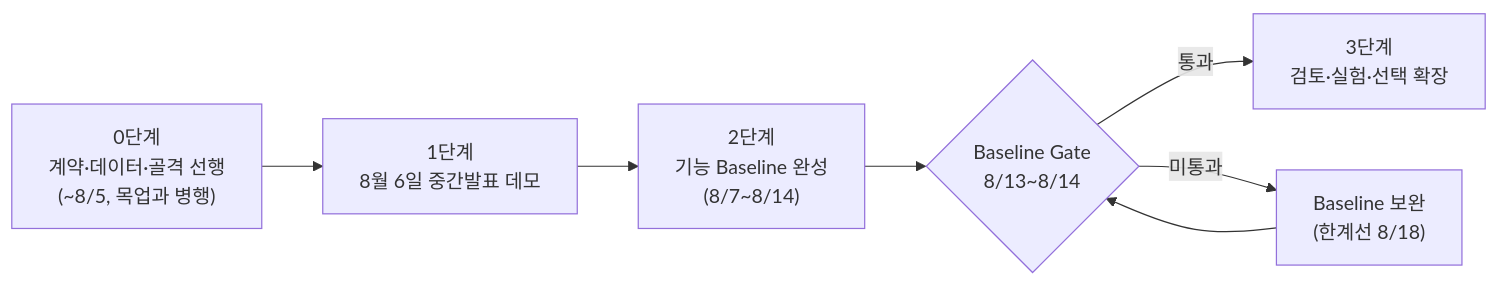
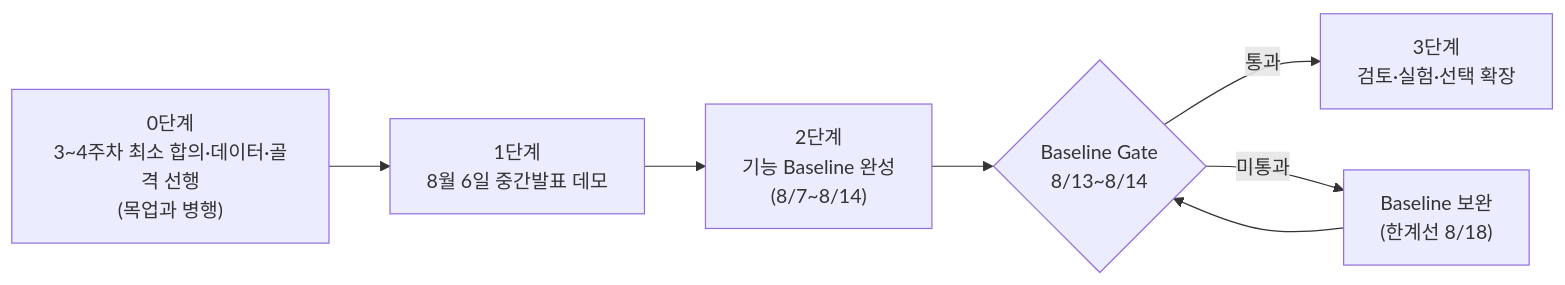
The first of 8 diagrams in docs/markdown/SensePlace_기획서_초안.md (hijun318-eng/skn29_final_3team), drawn with Mermaid before and after one commit. The commit also changed other lines of this file and 5 other files, not shown here.

````diff
--- a/docs/markdown/SensePlace_기획서_초안.md
+++ b/docs/markdown/SensePlace_기획서_초안.md
@@ -17,9 +18,9 @@
 ```mermaid
 flowchart LR
-    P0["0단계<br/>계약·데이터·골격 선행<br/>(~8/5, 목업과 병행)"] --> P1["1단계<br/>8월 6일 중간발표 데모"]
+    P0["0단계<br/>3~4주차 최소 합의·데이터·골격 선행<br/>(목업과 병행)"] --> P1["1단계<br/>8월 6일 중간발표 데모"]
     P1 --> P2["2단계<br/>기능 Baseline 완성<br/>(8/7~8/14)"]
     P2 --> G{"Baseline Gate<br/>8/13~8/14"}
     G -->|"통과"| P3["3단계<br/>검토·실험·선택 확장"]
     G -->|"미통과"| F["Baseline 보완<br/>(한계선 8/18)"]
     F --> G
 ```
````
